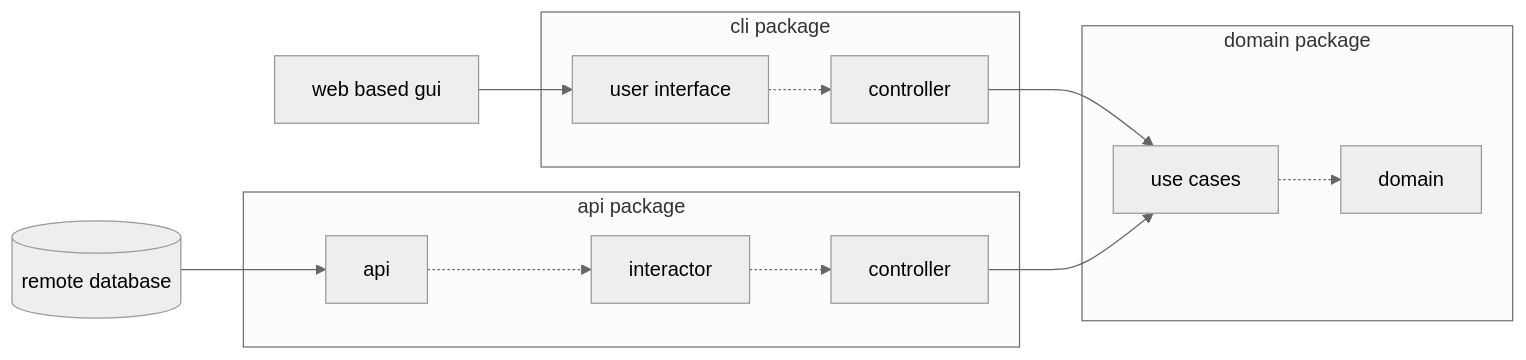
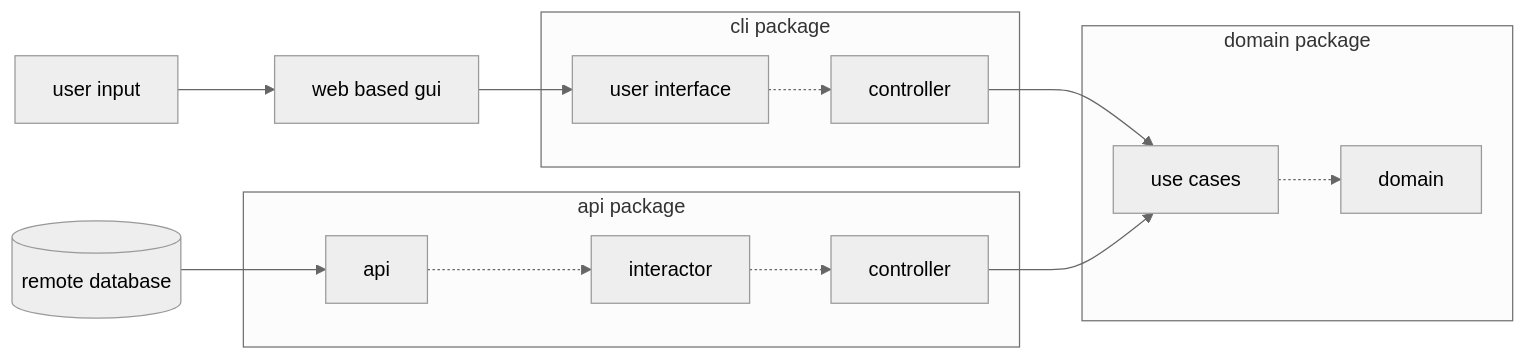
The diagram in DesignReport.md (thelfenbaum/RoutineOptimizer-SpringBoot), drawn with Mermaid (neutral theme) before and after one commit.

Commit message:
Finished DesignReport.md diagram.

````diff
--- a/DesignReport.md
+++ b/DesignReport.md
@@ -155,18 +155,18 @@
 ```mermaid 
     flowchart LR
-    WBG["web based gui"] --> CLI["cli"]
+    U["user input"] --> WBG["web based gui"] --> CLI["cli"]
     subgraph clip ["cli package"]
     CLI["user interface"] -.-> CLIC["controller"] 
     end
     CLIC --> UC["use cases"]
     subgraph d ["domain package"]
     UC -.-> domain
     end
     APIC["controller"] --> UC
     subgraph apip["api package"]
     APII["interactor"] -.-> APIC
     API["repository/gateway"] -.-> APII
     end 
     DB[("remote database")] --> API["api"]
     
 ```
````
